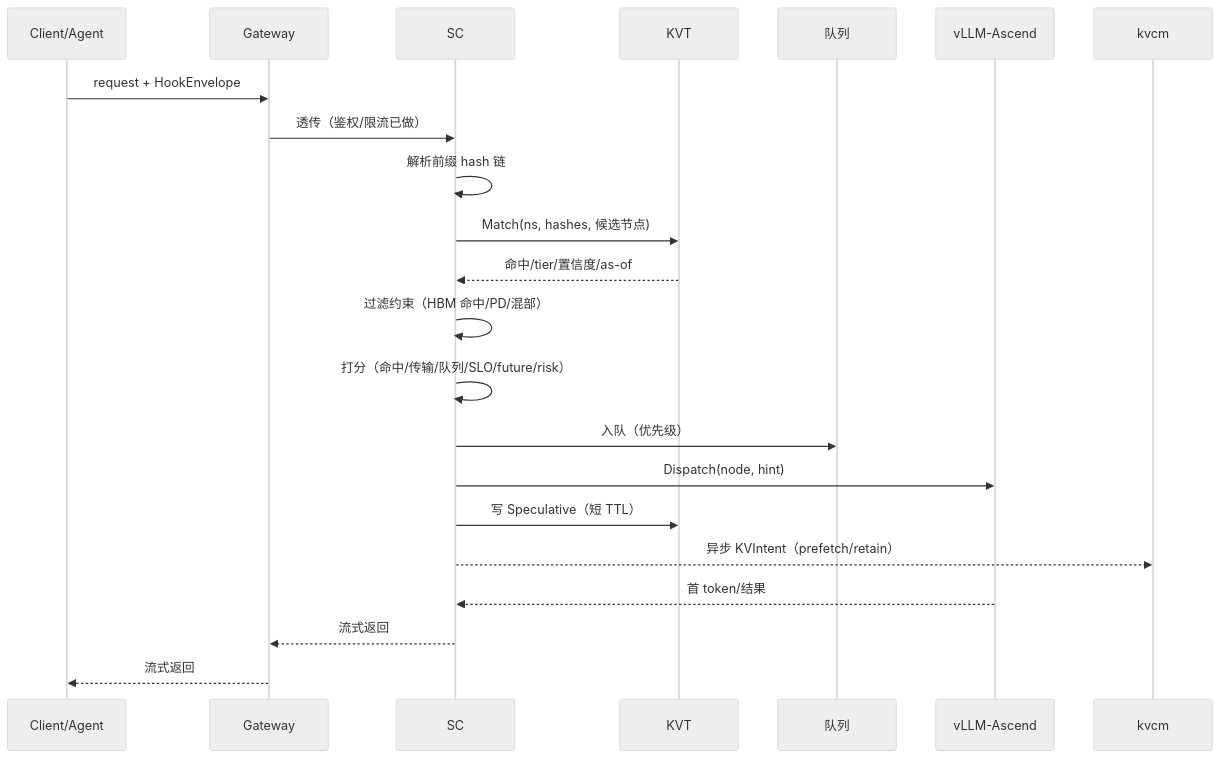
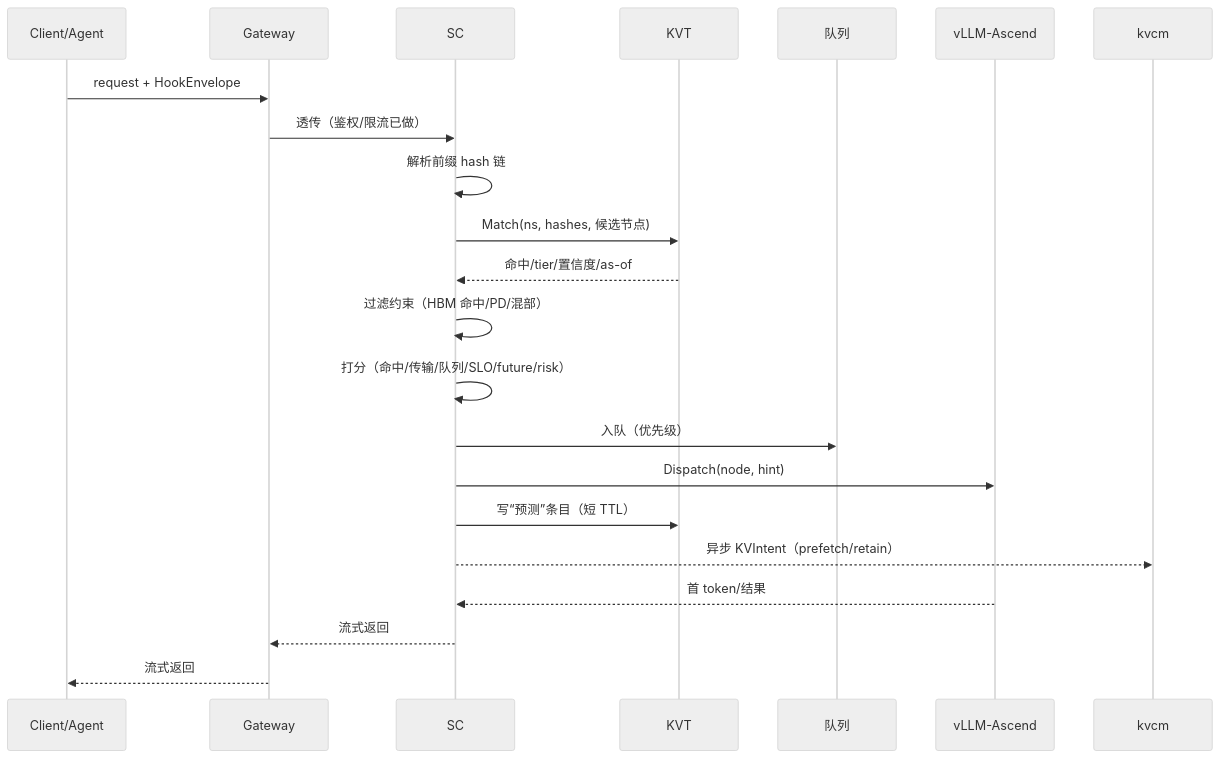
Before and after one commit to 5x8-40/lake: the first of 10 diagrams in kvcm/design/D8b-scheduling-sequences.md, drawn with Mermaid (neutral theme). The commit also changed other lines of this file and 4 other files, not shown here.

````diff
--- a/kvcm/design/D8b-scheduling-sequences.md
+++ b/kvcm/design/D8b-scheduling-sequences.md
@@ -14,25 +14,25 @@
 ```mermaid
 sequenceDiagram
     participant C as Client/Agent
     participant G as Gateway
     participant R as SC
     participant KVT as KVT
     participant Q as 队列
     participant W as vLLM-Ascend
     participant K as kvcm
 
     C->>G: request + HookEnvelope
     G->>R: 透传（鉴权/限流已做）
     R->>R: 解析前缀 hash 链
     R->>KVT: Match(ns, hashes, 候选节点)
     KVT-->>R: 命中/tier/置信度/as-of
     R->>R: 过滤约束（HBM 命中/PD/混部）
     R->>R: 打分（命中/传输/队列/SLO/future/risk）
     R->>Q: 入队（优先级）
     R->>W: Dispatch(node, hint)
-    R->>KVT: 写 Speculative（短 TTL）
+    R->>KVT: 写“预测”条目（短 TTL）
     R-->>K: 异步 KVIntent（prefetch/retain）
     W-->>R: 首 token/结果
     R-->>G: 流式返回
     G-->>C: 流式返回
 ```
````
